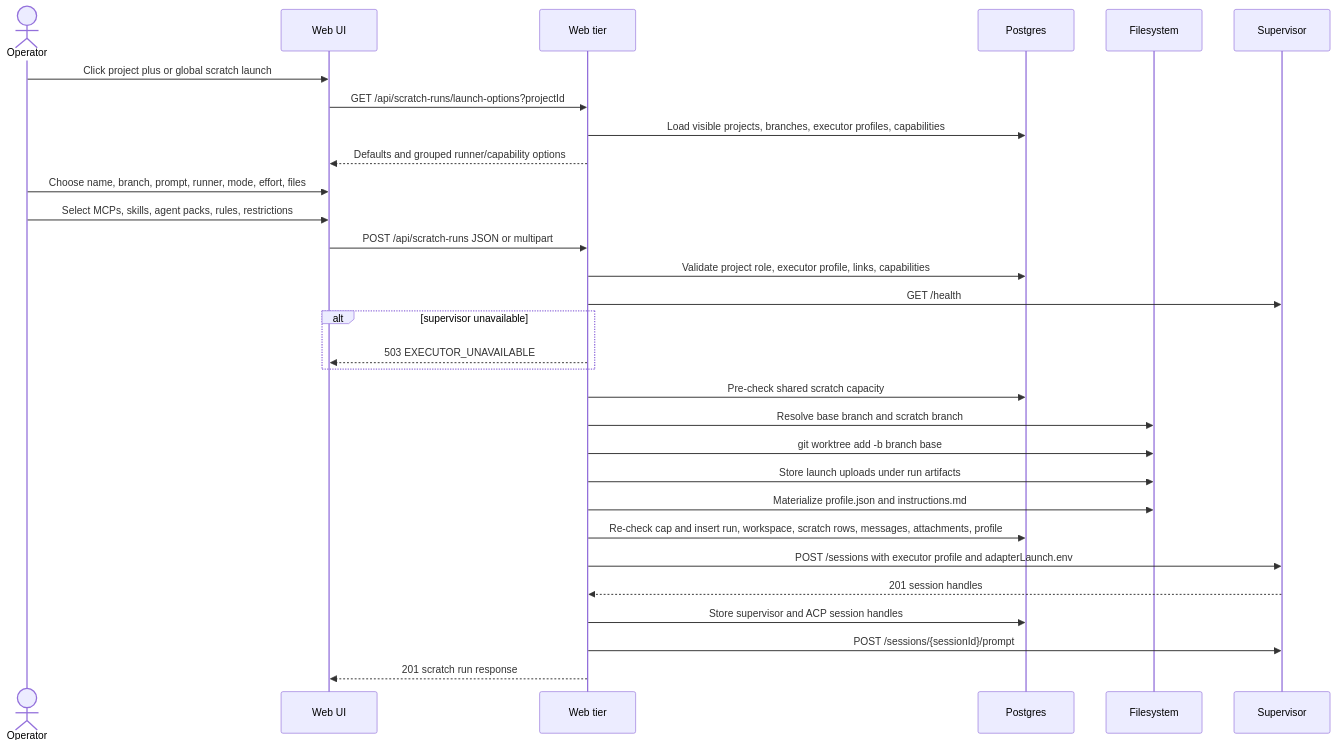
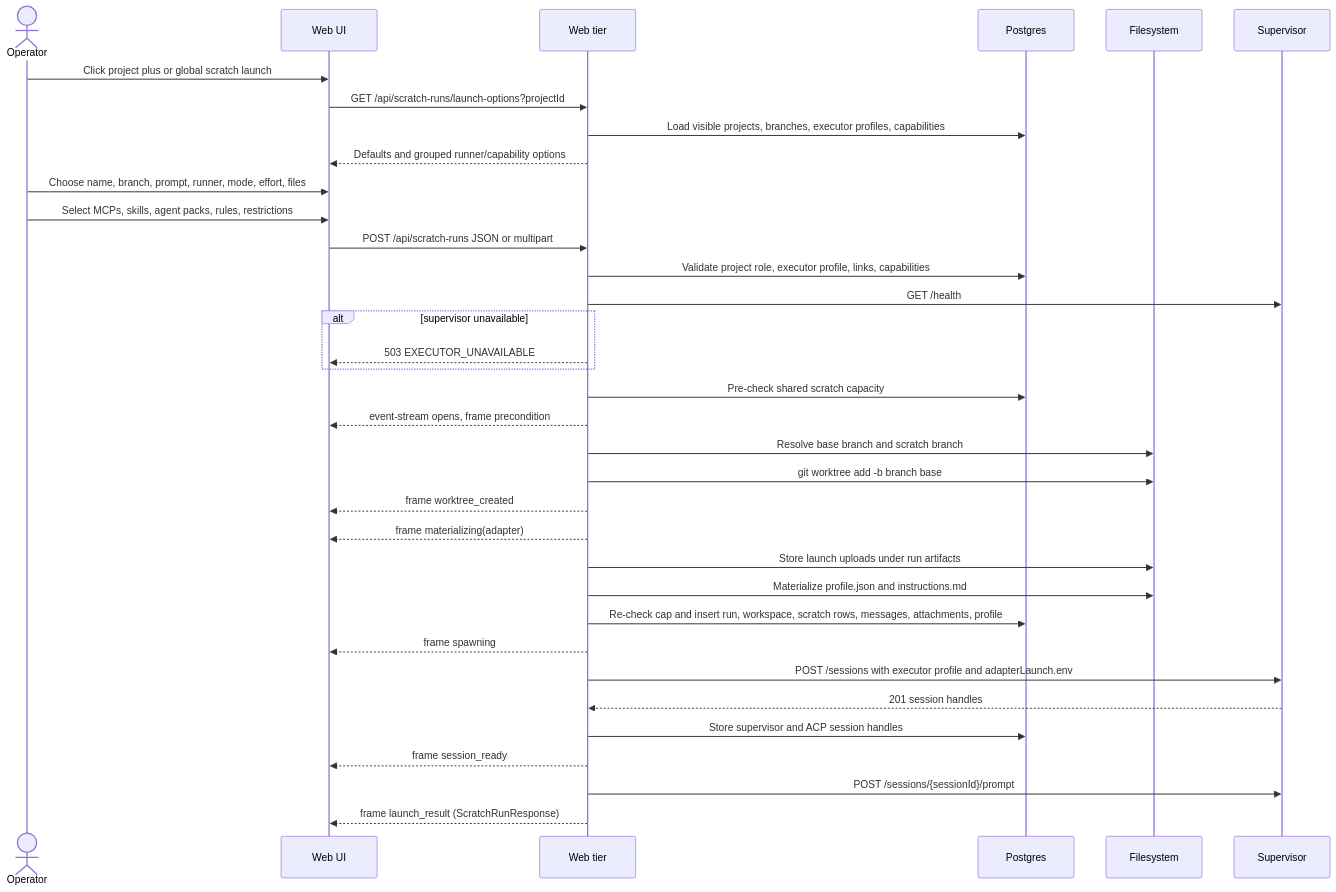
One commit to maister-dev/maister changed the second of 6 diagrams in docs/system-analytics/scratch-runs.md. Above: the diagram before and after it, drawn with Mermaid. The commit also changed other lines of this file and 17 other files, not shown here.

First line of the commit message:
feat(runs): streaming launch progress for scratch + flow (Phase 6 / F)

````diff
--- a/docs/system-analytics/scratch-runs.md
+++ b/docs/system-analytics/scratch-runs.md
@@ -137,33 +137,38 @@
 ```mermaid
 sequenceDiagram
     actor U as Operator
     participant UI as Web UI
     participant W as Web tier
     participant DB as Postgres
     participant FS as Filesystem
     participant SV as Supervisor
 
     U->>UI: Click project plus or global scratch launch
     UI->>W: GET /api/scratch-runs/launch-options?projectId
     W->>DB: Load visible projects, branches, executor profiles, capabilities
     W-->>UI: Defaults and grouped runner/capability options
     U->>UI: Choose name, branch, prompt, runner, mode, effort, files
     U->>UI: Select MCPs, skills, agent packs, rules, restrictions
     UI->>W: POST /api/scratch-runs JSON or multipart
     W->>DB: Validate project role, executor profile, links, capabilities
     W->>SV: GET /health
     alt supervisor unavailable
         W-->>UI: 503 EXECUTOR_UNAVAILABLE
     end
     W->>DB: Pre-check shared scratch capacity
+    W-->>UI: event-stream opens, frame precondition
     W->>FS: Resolve base branch and scratch branch
     W->>FS: git worktree add -b branch base
+    W-->>UI: frame worktree_created
+    W-->>UI: frame materializing(adapter)
     W->>FS: Store launch uploads under run artifacts
     W->>FS: Materialize profile.json and instructions.md
     W->>DB: Re-check cap and insert run, workspace, scratch rows, messages, attachments, profile
+    W-->>UI: frame spawning
     W->>SV: POST /sessions with executor profile and adapterLaunch.env
     SV-->>W: 201 session handles
     W->>DB: Store supervisor and ACP session handles
+    W-->>UI: frame session_ready
     W->>SV: POST /sessions/{sessionId}/prompt
-    W-->>UI: 201 scratch run response
+    W-->>UI: frame launch_result (ScratchRunResponse)
 ```
````
